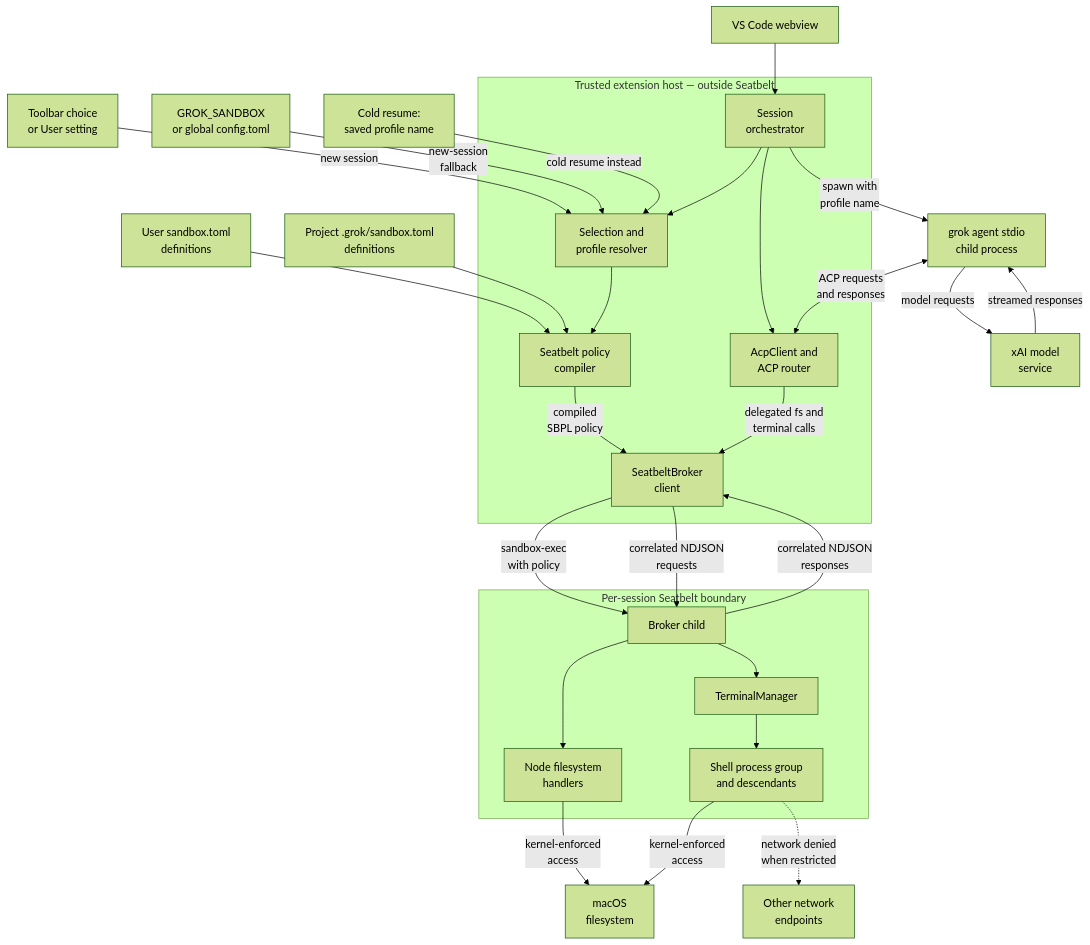
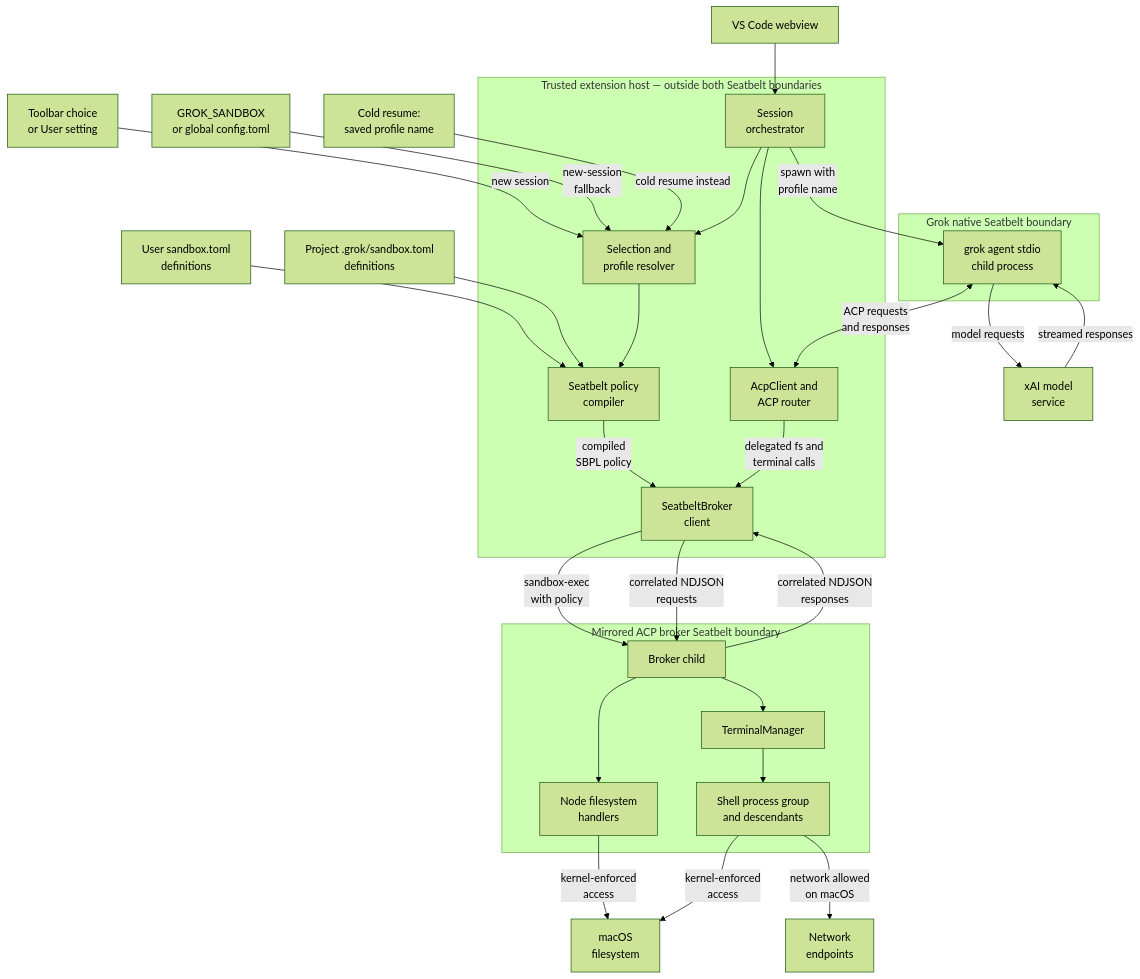
One commit to cblage/grok-build-vscode changed the diagram in docs/macos-sandbox-architecture.md. Above: the diagram before and after it, drawn with Mermaid (forest theme). The commit also changed other lines of this file and 14 other files, not shown here.

Commit message:
feat(sandbox): mirror Grok native profile behavior

````diff
--- a/docs/macos-sandbox-architecture.md
+++ b/docs/macos-sandbox-architecture.md
@@ -30,55 +32,58 @@
 ```mermaid
 flowchart TB
     UserChoice["Toolbar choice<br/>or User setting"]
     Environment["GROK_SANDBOX<br/>or global config.toml"]
     SavedName["Cold resume:<br/>saved profile name"]
     UserProfiles["User sandbox.toml<br/>definitions"]
     ProjectProfiles["Project .grok/sandbox.toml<br/>definitions"]
     Webview["VS Code webview"]
     ModelService["xAI model<br/>service"]
-    Grok["grok agent stdio<br/>child process"]
     HostFS["macOS<br/>filesystem"]
-    OtherNetwork["Other network<br/>endpoints"]
+    OtherNetwork["Network<br/>endpoints"]
 
-    subgraph Host["Trusted extension host — outside Seatbelt"]
+    subgraph Host["Trusted extension host — outside both Seatbelt boundaries"]
         Sidebar["Session<br/>orchestrator"]
         Resolver["Selection and<br/>profile resolver"]
         Compiler["Seatbelt policy<br/>compiler"]
         ACP["AcpClient and<br/>ACP router"]
         BrokerClient["SeatbeltBroker<br/>client"]
     end
 
-    subgraph Sandbox["Per-session Seatbelt boundary"]
+    subgraph GrokSandbox["Grok native Seatbelt boundary"]
+        Grok["grok agent stdio<br/>child process"]
+    end
+
+    subgraph Sandbox["Mirrored ACP broker Seatbelt boundary"]
         BrokerChild["Broker child"]
         FileOps["Node filesystem<br/>handlers"]
         Terminals["TerminalManager"]
         Commands["Shell process group<br/>and descendants"]
     end
 
     Webview --> Sidebar
     UserChoice -->|"new session"| Resolver
     Environment -->|"new-session<br/>fallback"| Resolver
     SavedName -->|"cold resume instead"| Resolver
     UserProfiles --> Compiler
     ProjectProfiles --> Compiler
     Sidebar --> Resolver
     Resolver --> Compiler
     Compiler -->|"compiled<br/>SBPL policy"| BrokerClient
 
     Sidebar --> ACP
     Sidebar -->|"spawn with<br/>profile name"| Grok
     Grok <-->|"ACP requests<br/>and responses"| ACP
     Grok -->|"model requests"| ModelService
     ModelService -->|"streamed responses"| Grok
 
     ACP -->|"delegated fs and<br/>terminal calls"| BrokerClient
     BrokerClient -->|"sandbox-exec<br/>with policy"| BrokerChild
     BrokerClient -->|"correlated NDJSON<br/>requests"| BrokerChild
     BrokerChild -->|"correlated NDJSON<br/>responses"| BrokerClient
     BrokerChild --> FileOps
     BrokerChild --> Terminals
     Terminals --> Commands
     FileOps -->|"kernel-enforced<br/>access"| HostFS
     Commands -->|"kernel-enforced<br/>access"| HostFS
-    Commands -.->|"network denied<br/>when restricted"| OtherNetwork
+    Commands -->|"network allowed<br/>on macOS"| OtherNetwork
 ```
````
